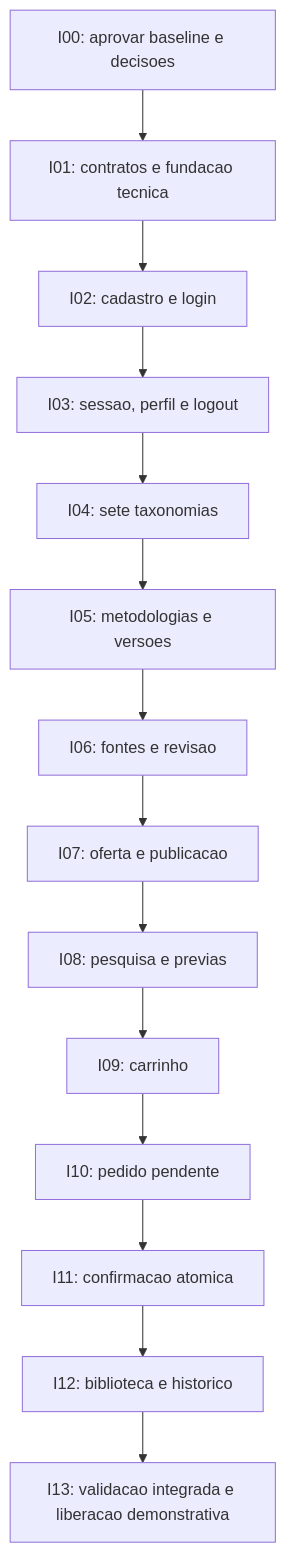
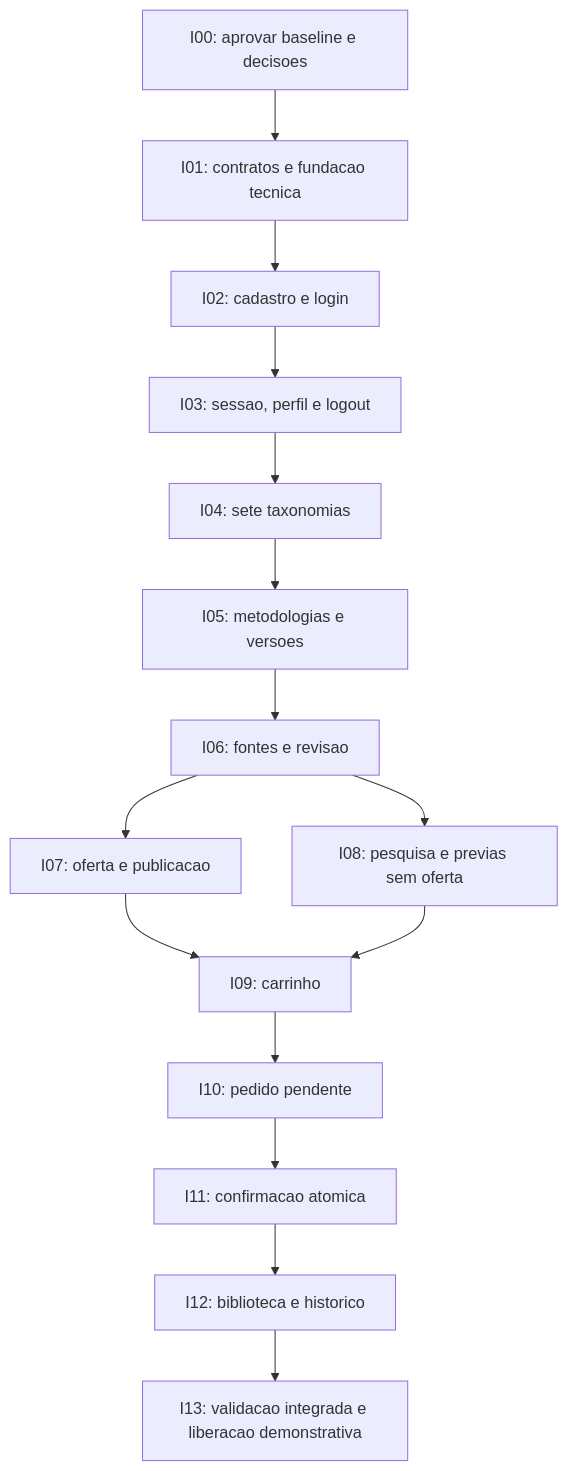
Before and after one commit to dernivaljr/wiki-chem: the diagram in docs/planejamento/ROADMAP-MVP.md, drawn with Mermaid. The commit also changed other lines of this file and 33 other files, not shown here.

````diff
--- a/docs/planejamento/ROADMAP-MVP.md
+++ b/docs/planejamento/ROADMAP-MVP.md
@@ -15,16 +15,17 @@
 ```mermaid
 flowchart TD
   I00["I00: aprovar baseline e decisoes"] --> I01["I01: contratos e fundacao tecnica"]
   I01 --> I02["I02: cadastro e login"]
   I02 --> I03["I03: sessao, perfil e logout"]
   I03 --> I04["I04: sete taxonomias"]
   I04 --> I05["I05: metodologias e versoes"]
   I05 --> I06["I06: fontes e revisao"]
   I06 --> I07["I07: oferta e publicacao"]
-  I07 --> I08["I08: pesquisa e previas"]
+  I06 --> I08["I08: pesquisa e previas sem oferta"]
+  I07 --> I09
   I08 --> I09["I09: carrinho"]
   I09 --> I10["I10: pedido pendente"]
   I10 --> I11["I11: confirmacao atomica"]
   I11 --> I12["I12: biblioteca e historico"]
   I12 --> I13["I13: validacao integrada e liberacao demonstrativa"]
 ```
````
